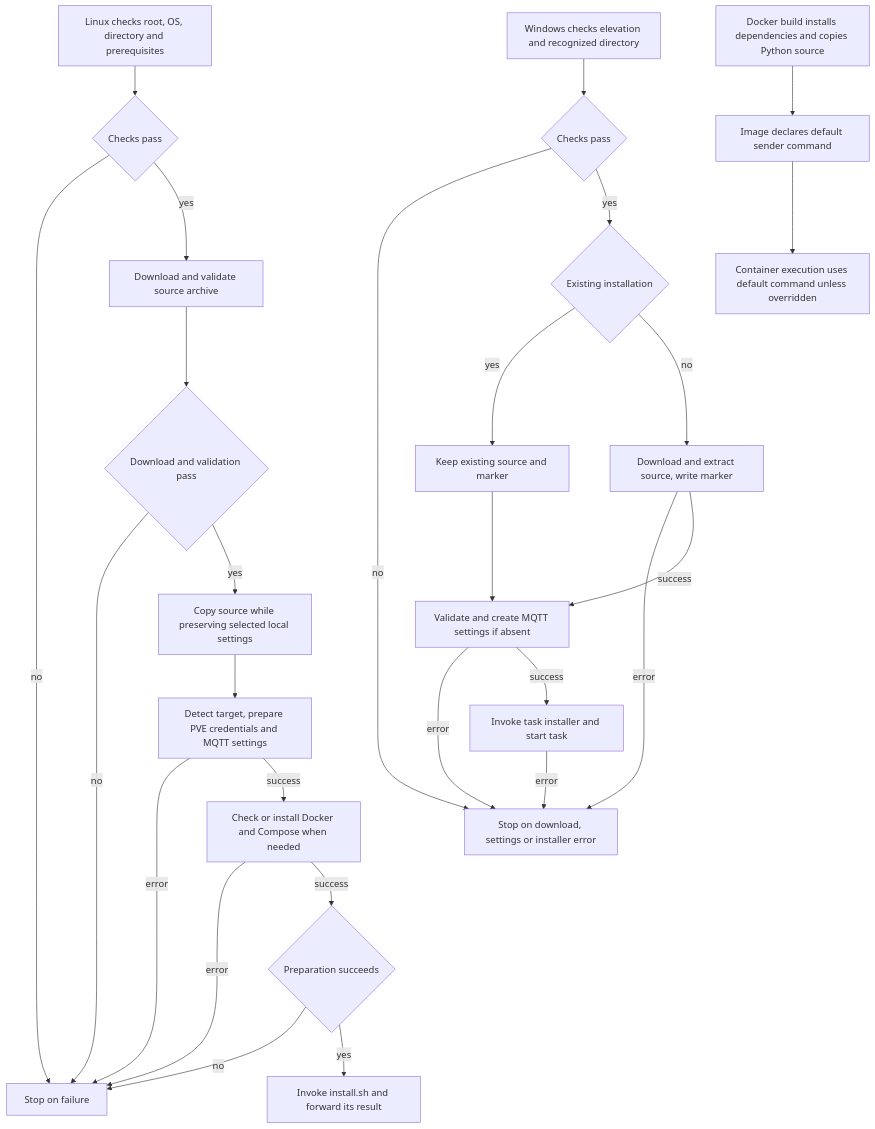
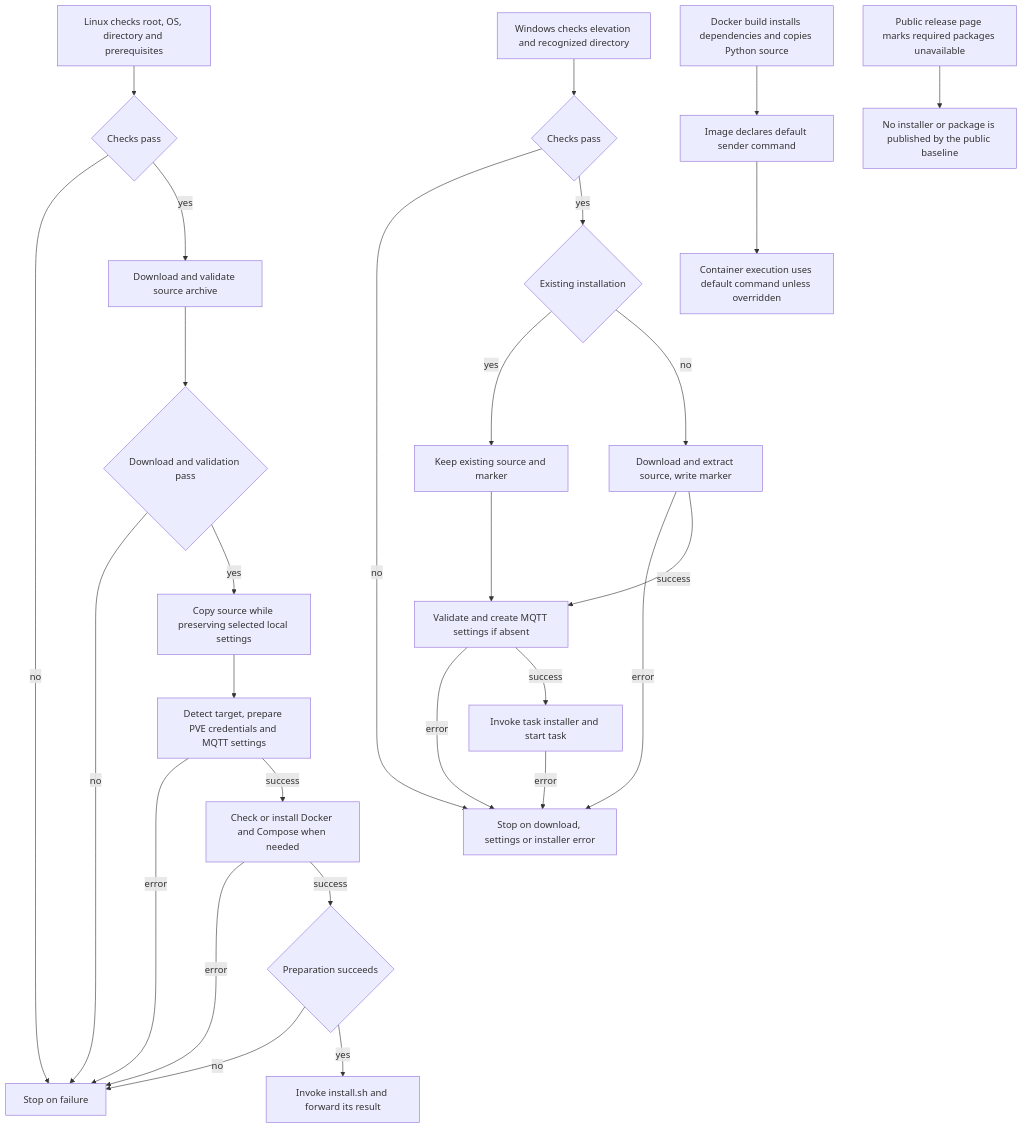
One commit to KarlSideProjects/hwmonitor-mqtt changed the diagram in docs/flows/sender.distribution.mmd. Above: the diagram before and after it, drawn with Mermaid. The commit also changed 6 other files, not shown here.

Commit message:
docs: map candidate inspection and public release boundary

```diff
--- a/docs/flows/sender.distribution.mmd
+++ b/docs/flows/sender.distribution.mmd
@@ -1,48 +1,51 @@
 flowchart TD
     A["Linux checks root, OS, directory and prerequisites"]
     B{"Checks pass"}
     C["Stop on failure"]
     D["Download and validate source archive"]
     E{"Download and validation pass"}
     F["Copy source while preserving selected local settings"]
     G["Detect target, prepare PVE credentials and MQTT settings"]
     H["Check or install Docker and Compose when needed"]
     I{"Preparation succeeds"}
     J["Invoke install.sh and forward its result"]
     K["Windows checks elevation and recognized directory"]
     L{"Checks pass"}
     M{"Existing installation"}
     N["Keep existing source and marker"]
     O["Download and extract source, write marker"]
     P["Validate and create MQTT settings if absent"]
     Q["Invoke task installer and start task"]
     R["Stop on download, settings or installer error"]
     S["Docker build installs dependencies and copies Python source"]
     T["Image declares default sender command"]
     U["Container execution uses default command unless overridden"]
+    V["Public release page marks required packages unavailable"]
+    W["No installer or package is published by the public baseline"]
+    V --> W
     A --> B
     B -->|no| C
     B -->|yes| D
     D --> E
     E -->|no| C
     E -->|yes| F
     F --> G
     G -->|error| C
     G -->|success| H
     H -->|error| C
     H -->|success| I
     I -->|no| C
     I -->|yes| J
     K --> L
     L -->|no| R
     L -->|yes| M
     M -->|yes| N
     M -->|no| O
     O -->|error| R
     O -->|success| P
     N --> P
     P -->|error| R
     P -->|success| Q
     Q -->|error| R
     S --> T
     T --> U
```
